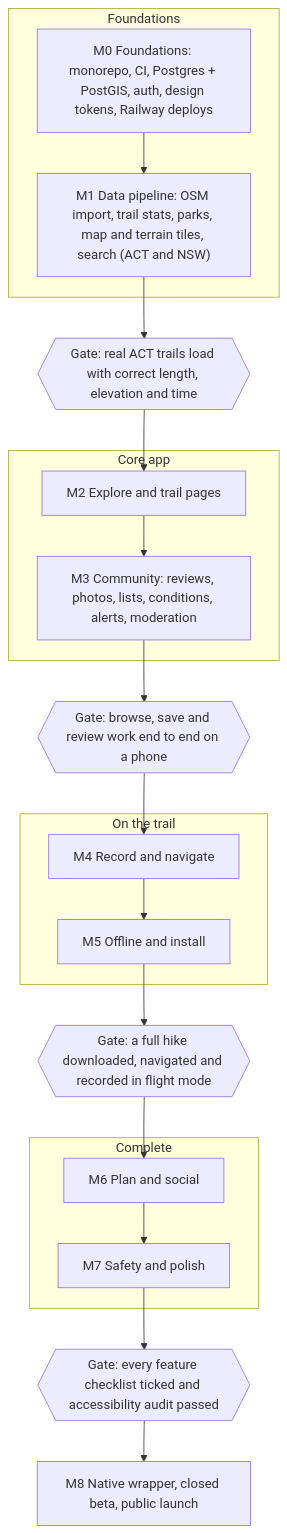
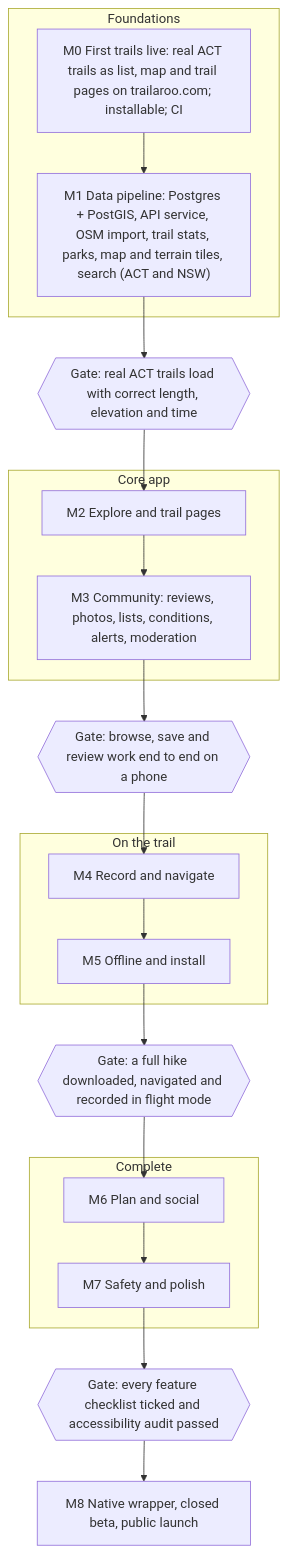
The second of 2 diagrams in docs/SPEC.md (vextoapp/trailaroo), drawn with Mermaid before and after one commit. The commit also changed other lines of this file and 58 other files, not shown here.

First line of the commit message:
M0: first trails live (#1)

````diff
--- a/docs/SPEC.md
+++ b/docs/SPEC.md
@@ -483,23 +489,23 @@
 ```mermaid
 flowchart TB
   subgraph P1["Foundations"]
-    M0["M0 Foundations: monorepo, CI, Postgres + PostGIS, auth, design tokens, Railway deploys"] --> M1["M1 Data pipeline: OSM import, trail stats, parks, map and terrain tiles, search (ACT and NSW)"]
+    M0["M0 First trails live: real ACT trails as list, map and trail pages on trailaroo.com; installable; CI"] --> M1["M1 Data pipeline: Postgres + PostGIS, API service, OSM import, trail stats, parks, map and terrain tiles, search (ACT and NSW)"]
   end
   M1 --> G1{{"Gate: real ACT trails load with correct length, elevation and time"}}
   subgraph P2["Core app"]
     M2["M2 Explore and trail pages"] --> M3["M3 Community: reviews, photos, lists, conditions, alerts, moderation"]
   end
   G1 --> M2
   M3 --> G2{{"Gate: browse, save and review work end to end on a phone"}}
   subgraph P3["On the trail"]
     M4["M4 Record and navigate"] --> M5["M5 Offline and install"]
   end
   G2 --> M4
   M5 --> G3{{"Gate: a full hike downloaded, navigated and recorded in flight mode"}}
   subgraph P4["Complete"]
     M6["M6 Plan and social"] --> M7["M7 Safety and polish"]
   end
   G3 --> M6
   M7 --> G4{{"Gate: every feature checklist ticked and accessibility audit passed"}}
   G4 --> M8["M8 Native wrapper, closed beta, public launch"]
 ```
````
